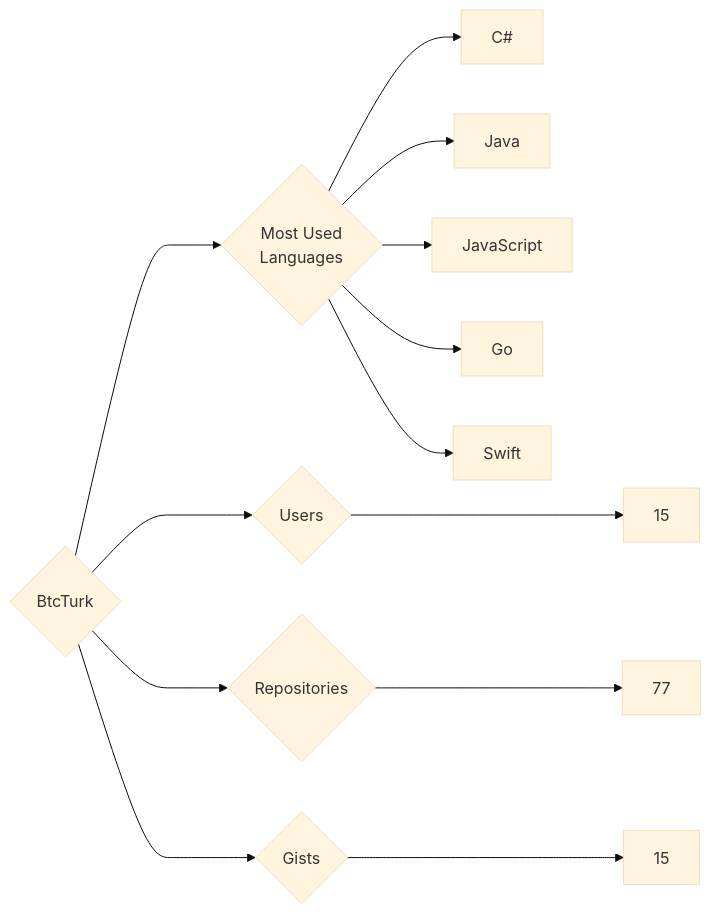
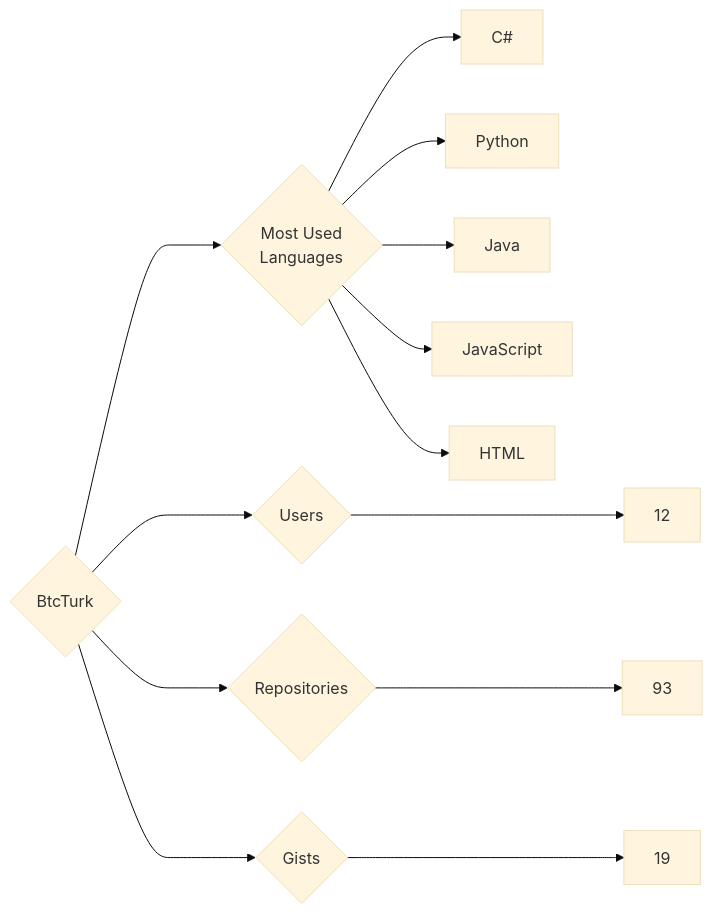
One commit to trickest/insiders changed the diagram in targets/BtcTurk/README.md. Above: the diagram before and after it, drawn with Mermaid (base theme). The commit also changed 720 other files, not shown here.

````diff
--- a/targets/BtcTurk/README.md
+++ b/targets/BtcTurk/README.md
@@ -3,13 +3,13 @@
 ```mermaid
 graph LR
 COMPANY_NAME{BtcTurk}
-COMPANY_NAME ---> U{Users} ---> UN[15]
-COMPANY_NAME ---> R{Repositories} ---> RN[77]
-COMPANY_NAME ---> G{Gists} ---> GN[15]
+COMPANY_NAME ---> U{Users} ---> UN[12]
+COMPANY_NAME ---> R{Repositories} ---> RN[93]
+COMPANY_NAME ---> G{Gists} ---> GN[19]
 COMPANY_NAME ---> ML{Most Used<br>Languages}
 ML --> C#[C#]
+ML --> Python[Python]
 ML --> Java[Java]
 ML --> JavaScript[JavaScript]
-ML --> Go[Go]
-ML --> Swift[Swift]
+ML --> HTML[HTML]
 ```
````
